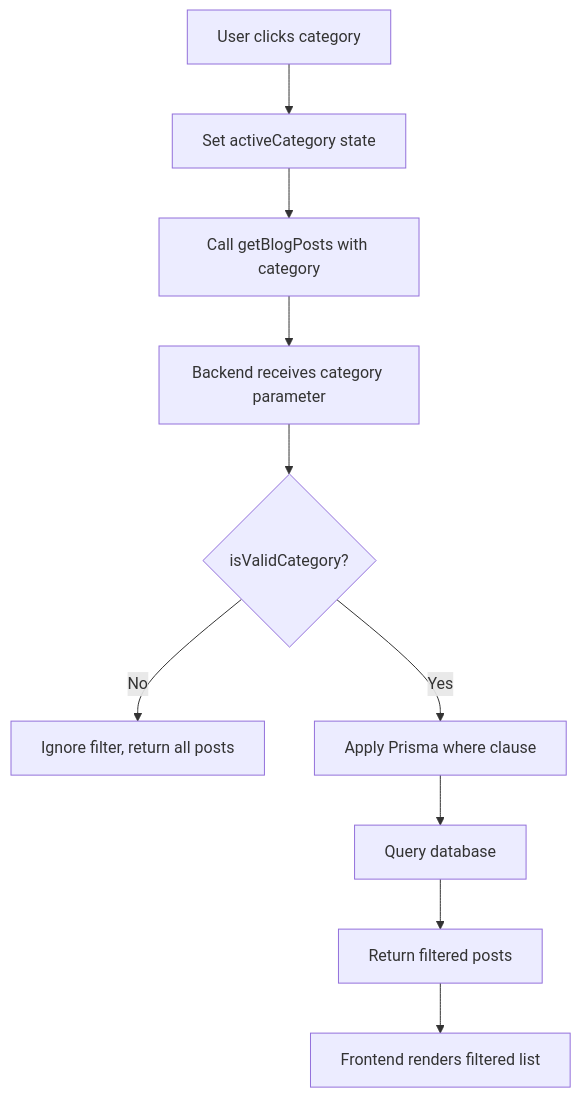
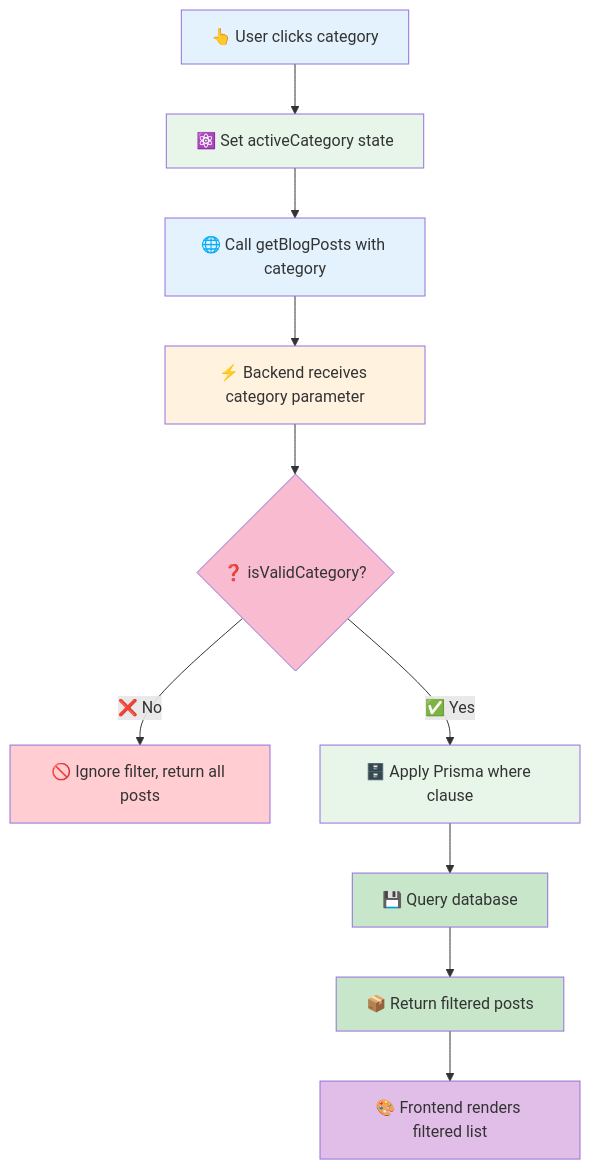
One commit to Tpekins/portfolio changed the third of 3 diagrams in packages/categories/README.md. Above: the diagram before and after it, drawn with Mermaid. The commit also changed other lines of this file and 3 other files, not shown here.

Commit message:
Added architecture, component hierarchy, filter flows, API flows, and auth flows to root, frontend, backend, and categories.

````diff
--- a/packages/categories/README.md
+++ b/packages/categories/README.md
@@ -75,12 +84,23 @@
 ```mermaid
 flowchart TD
-    A[User clicks category] --> B[Set activeCategory state]
-    B --> C[Call getBlogPosts with category]
-    C --> D[Backend receives category parameter]
-    D --> E{isValidCategory?}
-    E -->|No| F[Ignore filter, return all posts]
-    E -->|Yes| G[Apply Prisma where clause]
-    G --> H[Query database]
-    H --> I[Return filtered posts]
-    I --> J[Frontend renders filtered list]
+    A["👆 User clicks category"] --> B["⚛️ Set activeCategory state"]
+    B --> C["🌐 Call getBlogPosts with category"]
+    C --> D["⚡ Backend receives category parameter"]
+    D --> E{"❓ isValidCategory?"}
+    E -->|"❌ No"| F["🚫 Ignore filter, return all posts"]
+    E -->|"✅ Yes"| G["🗄️ Apply Prisma where clause"]
+    G --> H["💾 Query database"]
+    H --> I["📦 Return filtered posts"]
+    I --> J["🎨 Frontend renders filtered list"]
+
+    style A fill:#e3f2fd
+    style B fill:#e8f5e9
+    style C fill:#e3f2fd
+    style D fill:#fff3e0
+    style E fill:#f8bbd0
+    style F fill:#ffcdd2
+    style G fill:#e8f5e9
+    style H fill:#c8e6c9
+    style I fill:#c8e6c9
+    style J fill:#e1bee7
 ```
````
